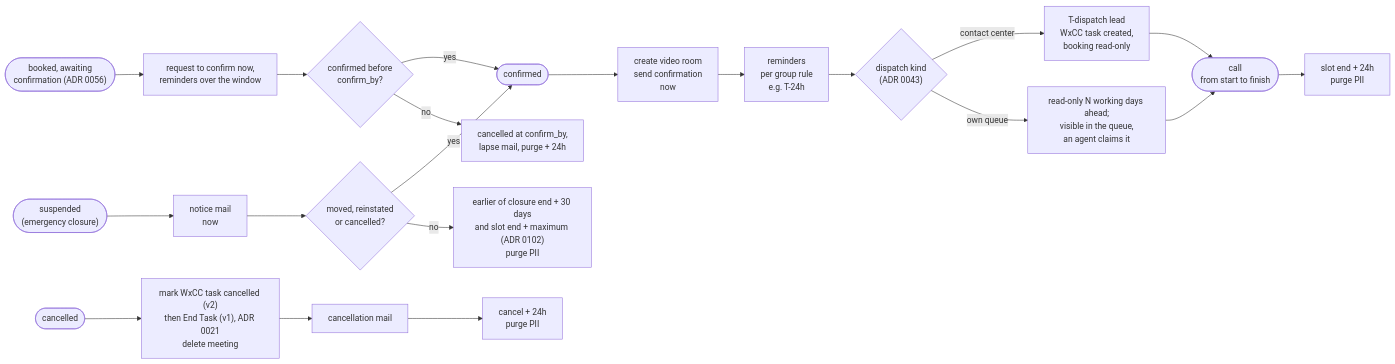
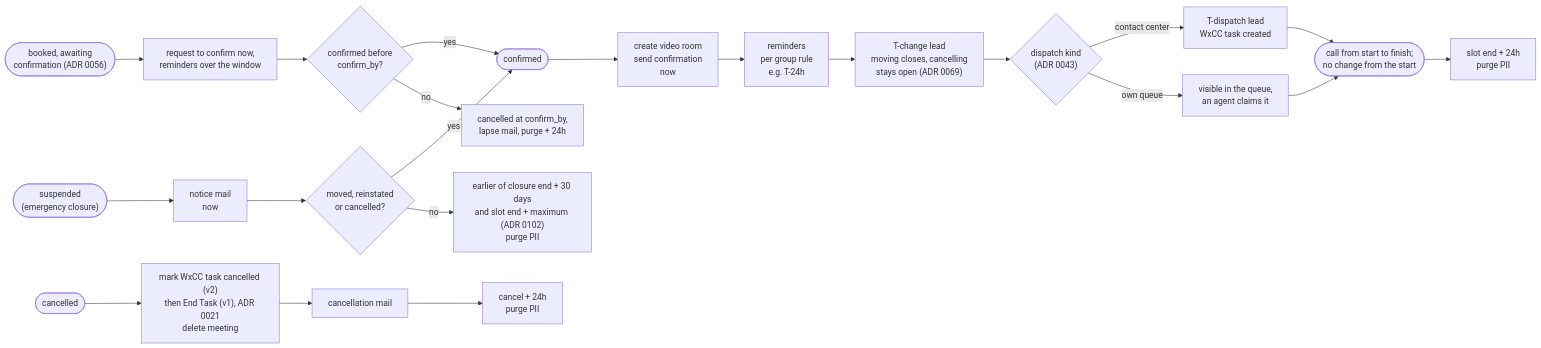
Before and after one commit to 3Corners-Labs/OpenPlanner: the ninth of 17 diagrams in docs/architecture.md, drawn with Mermaid. The commit also changed 14 other files, not shown here.

````diff
--- a/docs/architecture.md
+++ b/docs/architecture.md
@@ -593,23 +593,24 @@
 ```mermaid
 flowchart LR
     pending(["booked, awaiting<br/>confirmation (ADR 0056)"]) --> ask["request to confirm now,<br/>reminders over the window"]
     ask --> answered{"confirmed before<br/>confirm_by?"}
     answered -->|yes| book
     answered -->|no| lapse["cancelled at confirm_by,<br/>lapse mail, purge + 24h"]
     book(["confirmed"]) --> confirm["create video room<br/>send confirmation<br/>now"]
     confirm --> remind["reminders<br/>per group rule<br/>e.g. T-24h"]
-    remind --> kind{"dispatch kind<br/>(ADR 0043)"}
-    kind -->|contact center| dispatch["T-dispatch lead<br/>WxCC task created,<br/>booking read-only"]
-    kind -->|own queue| claim["read-only N working days ahead;<br/>visible in the queue,<br/>an agent claims it"]
-    dispatch --> meeting(["call<br/>from start to finish"])
+    remind --> lock["T-change lead<br/>moving closes, cancelling<br/>stays open (ADR 0069)"]
+    lock --> kind{"dispatch kind<br/>(ADR 0043)"}
+    kind -->|contact center| dispatch["T-dispatch lead<br/>WxCC task created"]
+    kind -->|own queue| claim["visible in the queue,<br/>an agent claims it"]
+    dispatch --> meeting(["call from start to finish;<br/>no change from the start"])
     claim --> meeting
     meeting --> purge["slot end + 24h<br/>purge PII"]
 
     cancel(["cancelled"]) --> cend["mark WxCC task cancelled (v2)<br/>then End Task (v1), ADR 0021<br/>delete meeting"] --> cmail["cancellation mail"] --> cpurge["cancel + 24h<br/>purge PII"]
 
     hold(["suspended<br/>(emergency closure)"]) --> hmail["notice mail<br/>now"]
     hmail --> resolve{"moved, reinstated<br/>or cancelled?"}
     resolve -->|yes| book
     resolve -->|no| hpurge["earlier of closure end + 30 days<br/>and slot end + maximum (ADR 0102)<br/>purge PII"]
 
 ```
````
